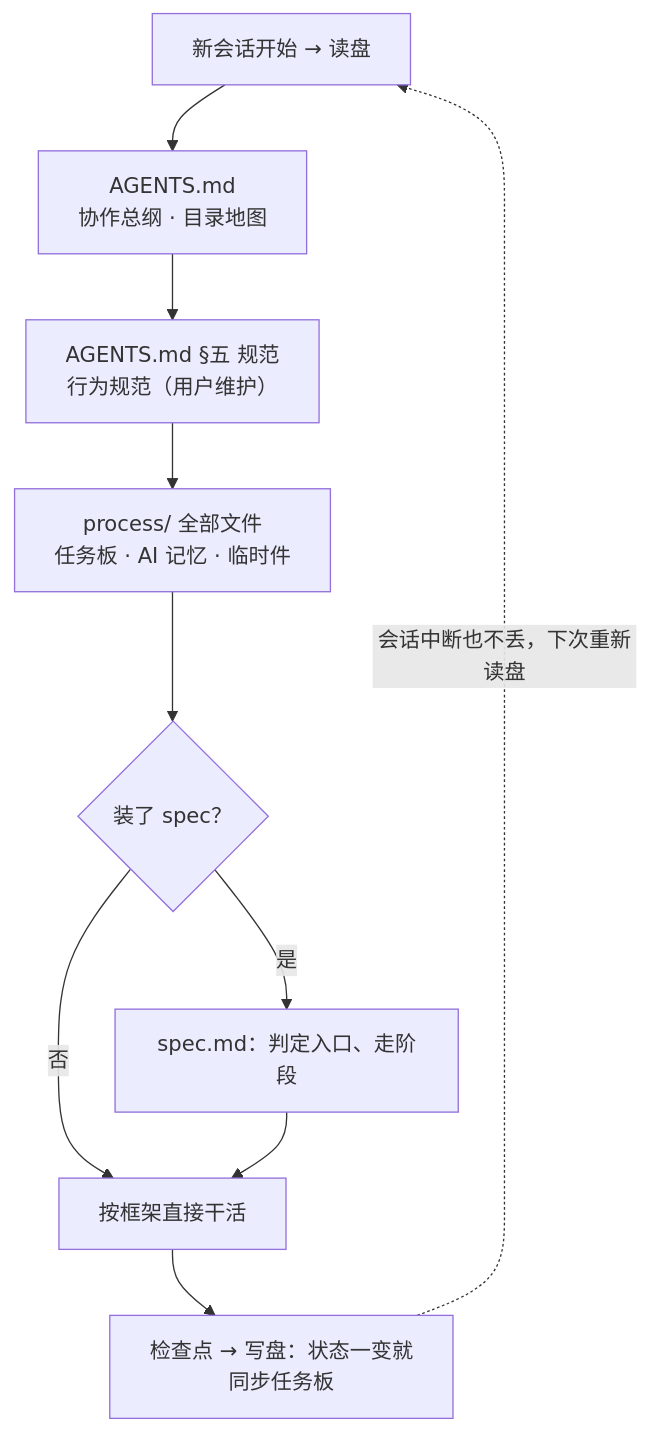
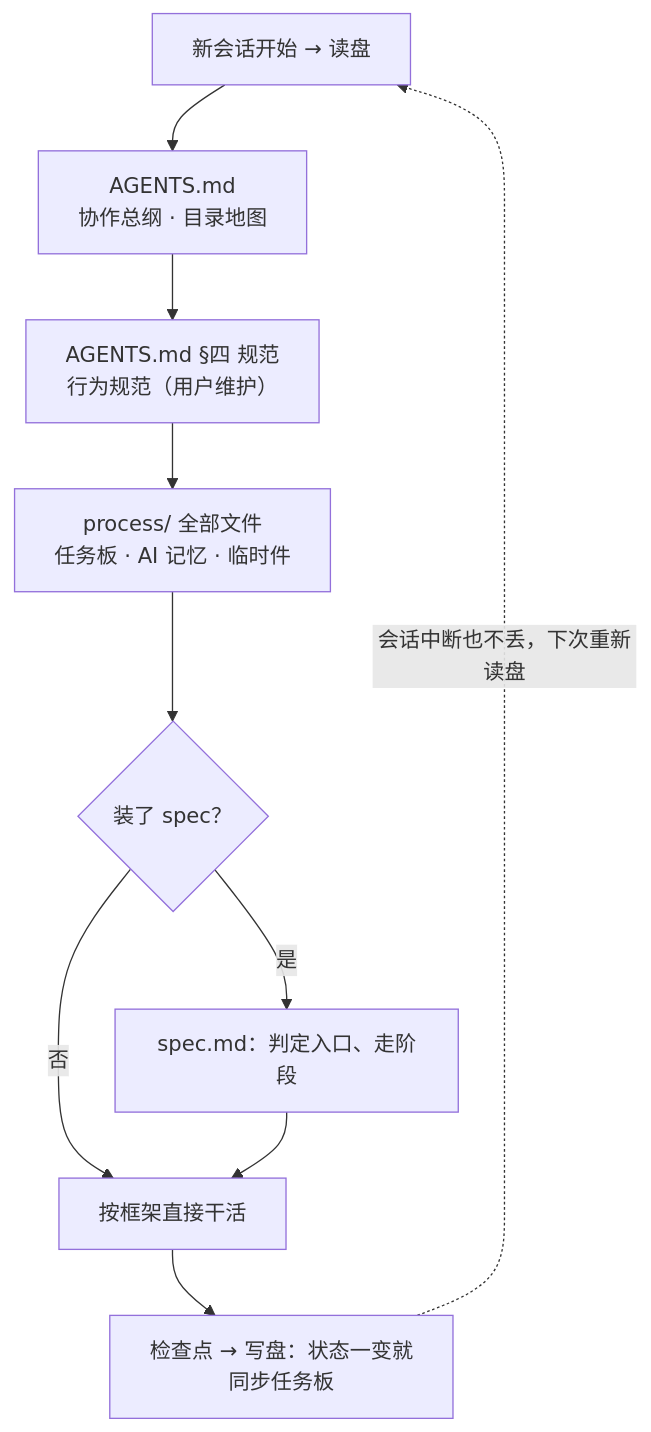
Before and after one commit to The-Daybreaker/project-spec: the first of 2 diagrams in README.md, drawn with Mermaid. The commit also changed other lines of this file and 6 other files, not shown here.

````diff
--- a/README.md
+++ b/README.md
@@ -26,12 +26,12 @@
 ```mermaid
 flowchart TD
   S["新会话开始 → 读盘"] --> A["AGENTS.md<br/>协作总纲 · 目录地图"]
-  A --> C["AGENTS.md §五 规范<br/>行为规范（用户维护）"]
+  A --> C["AGENTS.md §四 规范<br/>行为规范（用户维护）"]
   C --> P["process/ 全部文件<br/>任务板 · AI 记忆 · 临时件"]
   P --> Q{"装了 spec？"}
   Q -- 是 --> F["spec.md：判定入口、走阶段"]
   Q -- 否 --> W["按框架直接干活"]
   F --> W
   W --> CP["检查点 → 写盘：状态一变就同步任务板"]
   CP -. "会话中断也不丢，下次重新读盘" .-> S
 ```
````
